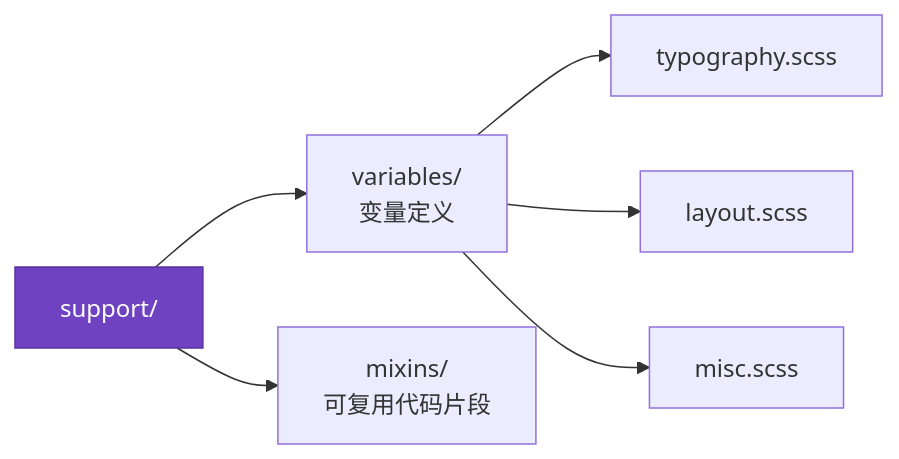
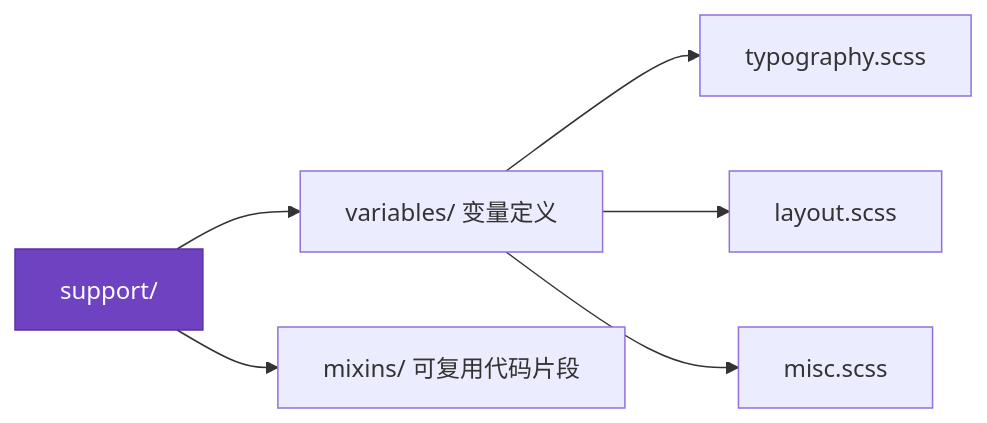
The second of 6 diagrams in learn/02-architecture.md (Cleam/primer-css), drawn with Mermaid before and after one commit. The commit also changed other lines of this file and 10 other files, not shown here.

First line of the commit message:
Fix mermaid diagram syntax for GitHub rendering compatibility

````diff
--- a/learn/02-architecture.md
+++ b/learn/02-architecture.md
@@ -54,11 +54,11 @@
 ```mermaid
 graph LR
-    A[support/] --> B[variables/<br/>变量定义]
-    A --> C[mixins/<br/>可复用代码片段]
+    A["support/"] --> B["variables/ 变量定义"]
+    A --> C["mixins/ 可复用代码片段"]
 
-    B --> B1[typography.scss]
-    B --> B2[layout.scss]
-    B --> B3[misc.scss]
+    B --> B1["typography.scss"]
+    B --> B2["layout.scss"]
+    B --> B3["misc.scss"]
 
     style A fill:#6f42c1,stroke:#5a32a3,color:#fff
 ```
````
